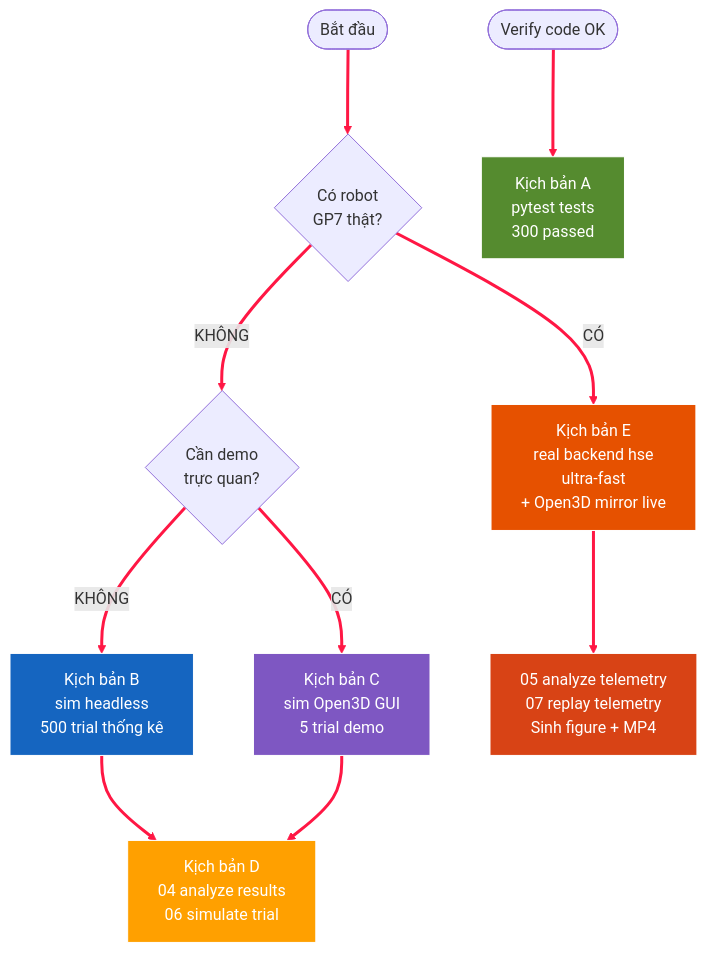
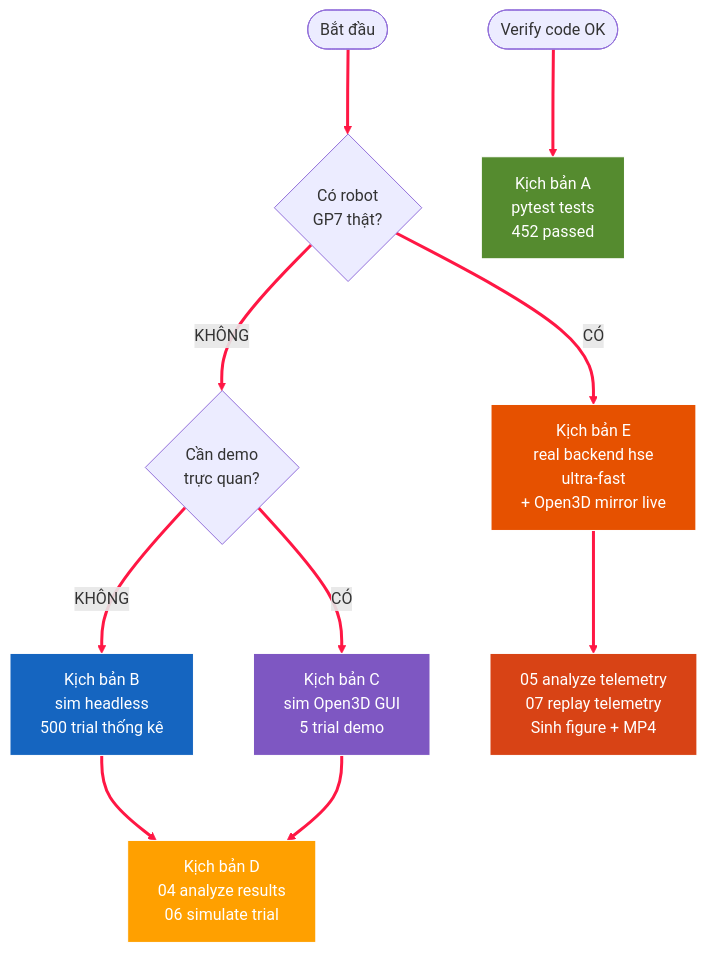
Before and after one commit to manhhv87/DTwinGP7: the first of 3 diagrams in docs/HUONG_DAN_SU_DUNG.md, drawn with Mermaid. The commit also changed other lines of this file and 67 other files, not shown here.

First line of the commit message:
@ docs: rà soát toàn bộ tài liệu + dọn figure; checkpoint INFORM/GUI

````diff
--- a/docs/HUONG_DAN_SU_DUNG.md
+++ b/docs/HUONG_DAN_SU_DUNG.md
@@ -69,21 +69,21 @@
 ```mermaid
 %%{init: {'flowchart': {'nodeSpacing': 60, 'rankSpacing': 85, 'useMaxWidth': false}}}%%
 flowchart TB
     START([Bắt đầu]) --> Q1{Có robot<br/>GP7 thật?}
     Q1 -->|KHÔNG| Q2{Cần demo<br/>trực quan?}
     Q1 -->|CÓ| E[Kịch bản E<br/>real backend hse<br/>ultra-fast<br/>+ Open3D mirror live]
     Q2 -->|KHÔNG| B[Kịch bản B<br/>sim headless<br/>500 trial thống kê]
     Q2 -->|CÓ| C[Kịch bản C<br/>sim Open3D GUI<br/>5 trial demo]
     B --> D[Kịch bản D<br/>04 analyze results<br/>06 simulate trial]
     C --> D
     E --> F[05 analyze telemetry<br/>07 replay telemetry<br/>Sinh figure + MP4]
-    A_TEST([Verify code OK]) --> A[Kịch bản A<br/>pytest tests<br/>300 passed]
+    A_TEST([Verify code OK]) --> A[Kịch bản A<br/>pytest tests<br/>452 passed]
 
     style A fill:#558B2F,stroke:#fff,color:#fff
     style B fill:#1565C0,stroke:#fff,color:#fff
     style C fill:#7E57C2,stroke:#fff,color:#fff
     style D fill:#FFA000,stroke:#fff,color:#fff
     style E fill:#E65100,stroke:#fff,color:#fff
     style F fill:#D84315,stroke:#fff,color:#fff
     linkStyle default stroke:#FF1744,stroke-width:3px
 ```
````
